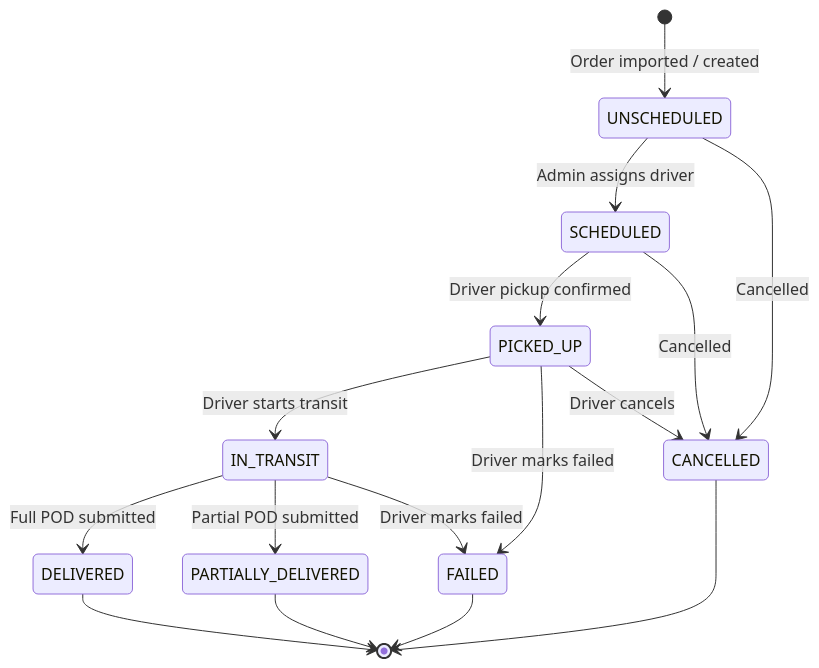
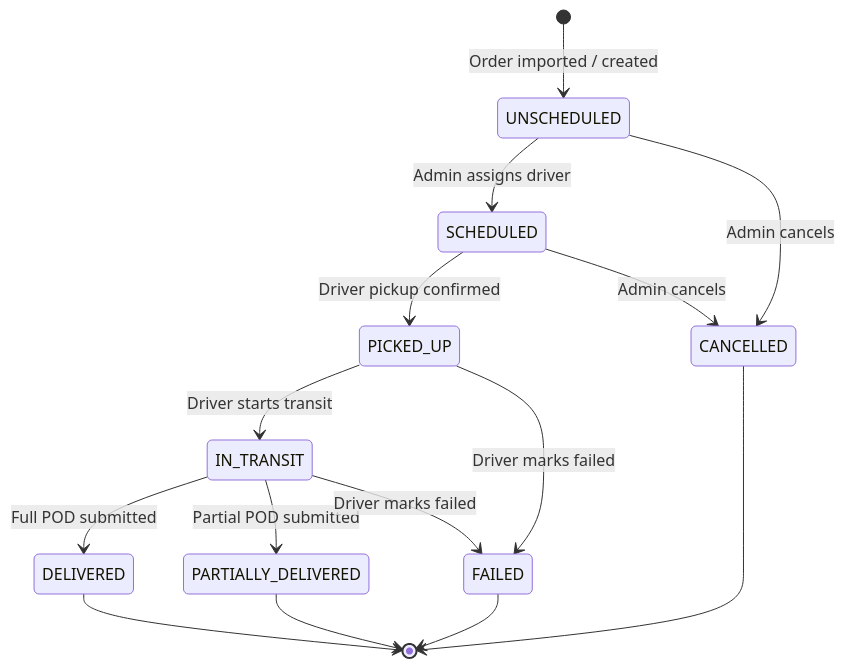
Before and after one commit to Moaziz667/asm-track: the first of 3 diagrams in docs/04-delivery-lifecycle.md, drawn with Mermaid. The commit also changed other lines of this file and 27 other files, not shown here.

````diff
--- a/docs/04-delivery-lifecycle.md
+++ b/docs/04-delivery-lifecycle.md
@@ -5,20 +5,19 @@
 ```mermaid
 stateDiagram-v2
     [*] --> UNSCHEDULED : Order imported / created
 
     UNSCHEDULED --> SCHEDULED : Admin assigns driver
     SCHEDULED --> PICKED_UP : Driver pickup confirmed
     PICKED_UP --> IN_TRANSIT : Driver starts transit
     IN_TRANSIT --> DELIVERED : Full POD submitted
     IN_TRANSIT --> PARTIALLY_DELIVERED : Partial POD submitted
     PICKED_UP --> FAILED : Driver marks failed
     IN_TRANSIT --> FAILED : Driver marks failed
-    UNSCHEDULED --> CANCELLED : Cancelled
-    SCHEDULED --> CANCELLED : Cancelled
-    PICKED_UP --> CANCELLED : Driver cancels
+    UNSCHEDULED --> CANCELLED : Admin cancels
+    SCHEDULED --> CANCELLED : Admin cancels
 
     DELIVERED --> [*]
     PARTIALLY_DELIVERED --> [*]
     FAILED --> [*]
     CANCELLED --> [*]
 ```
````
